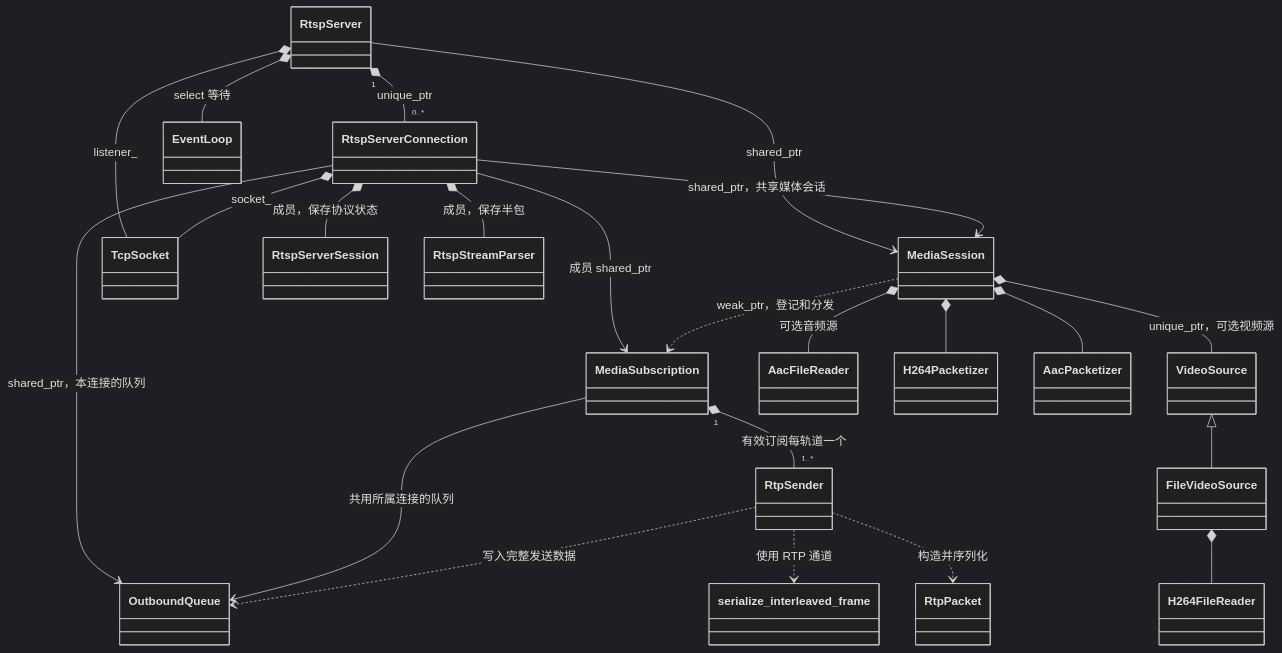
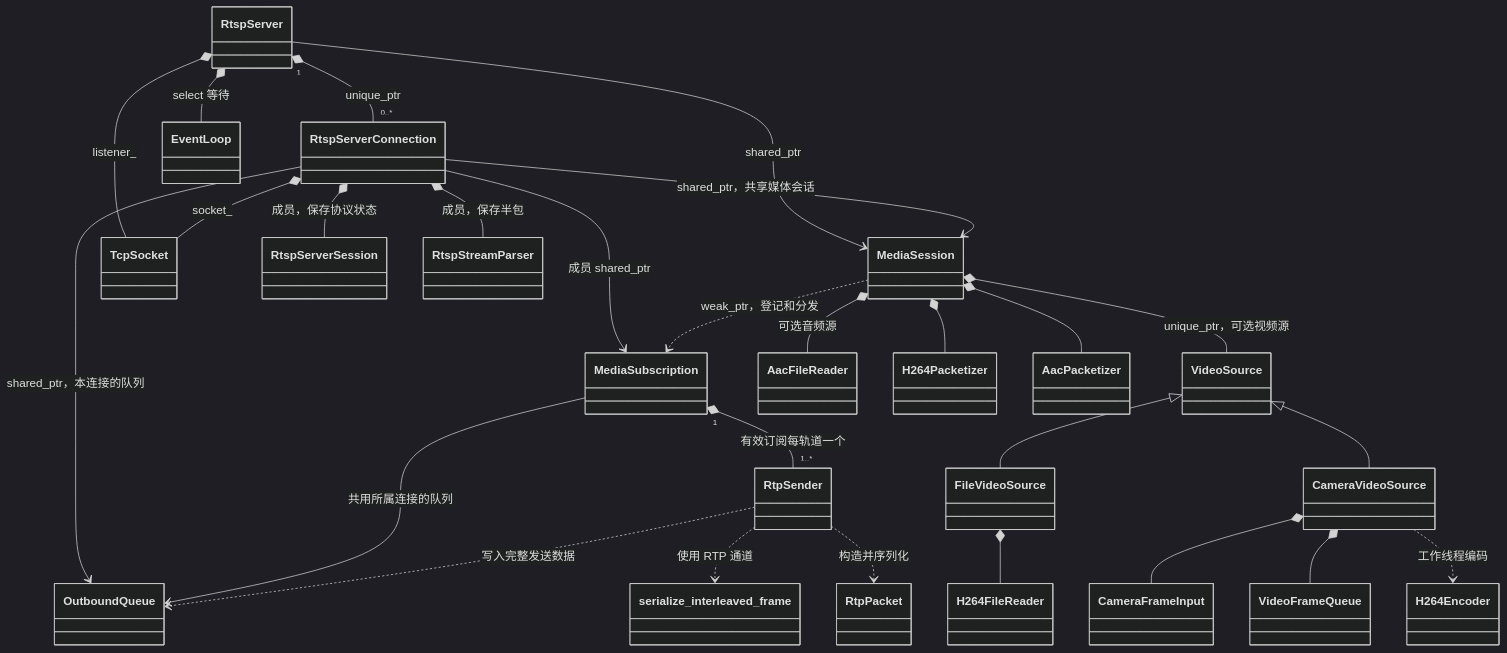
The first of 4 diagrams in 项目类职责与关系.md (18828644614/rtsp_cpp), drawn with Mermaid (dark theme) before and after one commit. The commit also changed other lines of this file and 23 other files, not shown here.

````diff
--- a/项目类职责与关系.md
+++ b/项目类职责与关系.md
@@ -30,28 +30,32 @@
 ```mermaid
 classDiagram
     RtspServer "1" *-- "0..*" RtspServerConnection : unique_ptr
     RtspServer --> MediaSession : shared_ptr
     RtspServer *-- TcpSocket : listener_
     RtspServer *-- EventLoop : select 等待
 
     RtspServerConnection --> MediaSession : shared_ptr，共享媒体会话
     RtspServerConnection *-- TcpSocket : socket_
     RtspServerConnection --> OutboundQueue : shared_ptr，本连接的队列
     RtspServerConnection *-- RtspServerSession : 成员，保存协议状态
     RtspServerConnection *-- RtspStreamParser : 成员，保存半包
     RtspServerConnection --> MediaSubscription : 成员 shared_ptr
 
     MediaSession ..> MediaSubscription : weak_ptr，登记和分发
     MediaSession *-- VideoSource : unique_ptr，可选视频源
     MediaSession *-- AacFileReader : 可选音频源
     MediaSession *-- H264Packetizer
     MediaSession *-- AacPacketizer
     VideoSource <|-- FileVideoSource
+    VideoSource <|-- CameraVideoSource
+    CameraVideoSource *-- CameraFrameInput
+    CameraVideoSource *-- VideoFrameQueue
+    CameraVideoSource ..> H264Encoder : 工作线程编码
     FileVideoSource *-- H264FileReader
 
     MediaSubscription --> OutboundQueue : 共用所属连接的队列
     MediaSubscription "1" *-- "1..*" RtpSender : 有效订阅每轨道一个
     RtpSender ..> serialize_interleaved_frame : 使用 RTP 通道
     RtpSender ..> RtpPacket : 构造并序列化
     RtpSender ..> OutboundQueue : 写入完整发送数据
 ```
````
